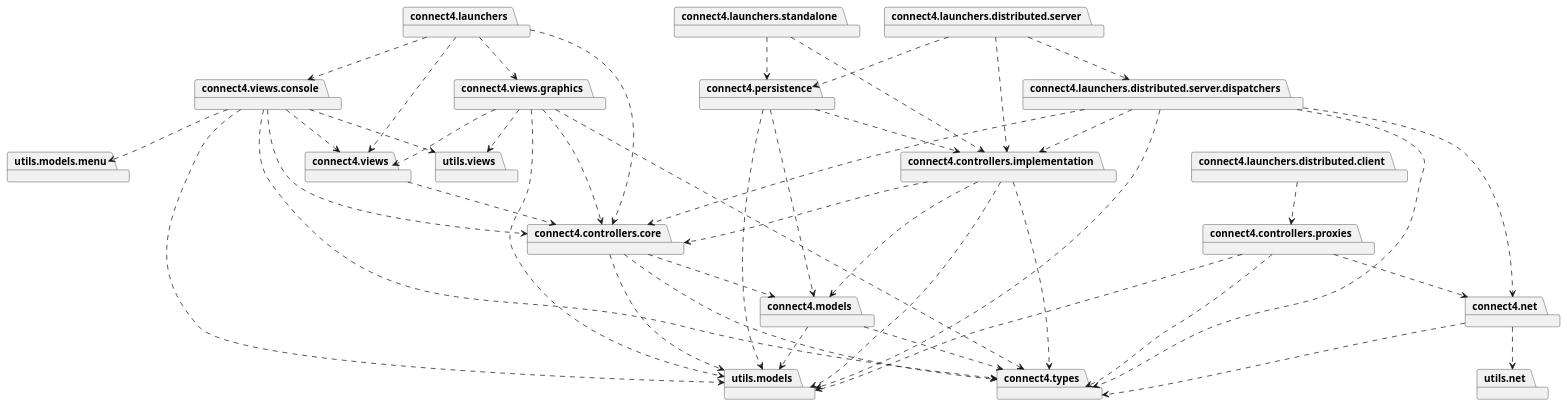
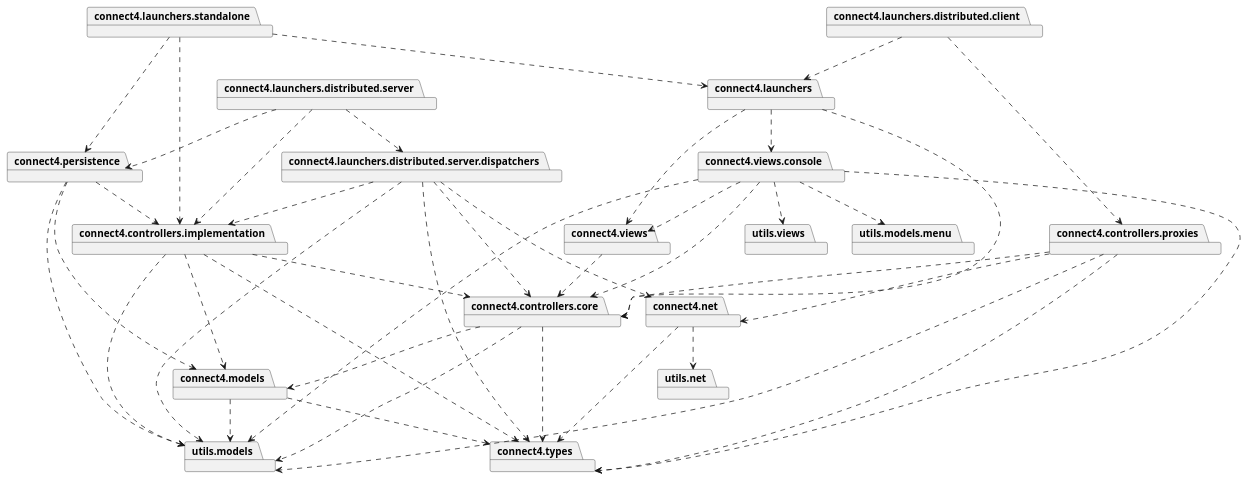
The diagram in connect4/Docs/diagrams/src/packages/packageDiagram.plantuml (js-rom/connect4), drawn with PlantUML before and after one commit. The commit also changed 5 other files, not shown here.

```diff
--- a/connect4/Docs/diagrams/src/packages/packageDiagram.plantuml
+++ b/connect4/Docs/diagrams/src/packages/packageDiagram.plantuml
@@ -1,84 +1,79 @@
 @startuml
 
 package connect4.launchers
 package connect4.controllers.core
 package connect4.views
-package connect4.views.graphics
 package connect4.views.console
 
 connect4.launchers ..> connect4.controllers.core
 connect4.launchers ..> connect4.views
 connect4.launchers ..> connect4.views.console
-connect4.launchers ..> connect4.views.graphics
 
 package connect4.launchers.standalone
 package connect4.controllers.implementation
 connect4.launchers.standalone ..> connect4.controllers.implementation
+connect4.launchers.standalone ..> connect4.launchers
 
 package connect4.launchers.distributed.client
 package connect4.controllers.proxies
 connect4.launchers.distributed.client ..> connect4.controllers.proxies
+connect4.launchers.distributed.client ..> connect4.launchers
 
 package connect4.launchers.distributed.server
 package connect4.launchers.distributed.server.dispatchers
 connect4.launchers.distributed.server ..> connect4.launchers.distributed.server.dispatchers
 connect4.launchers.distributed.server ..> connect4.controllers.implementation
 package connect4.types
 package utils.models
 package connect4.controllers.core
 connect4.launchers.distributed.server.dispatchers ..> connect4.controllers.implementation
 connect4.launchers.distributed.server.dispatchers ..> connect4.types
 connect4.launchers.distributed.server.dispatchers ..> utils.models
 connect4.launchers.distributed.server.dispatchers ..> connect4.controllers.core
 package connect4.net
 connect4.launchers.distributed.server.dispatchers ..> connect4.net
 package connect4.persistence
 connect4.launchers.distributed.server ..> connect4.persistence
 connect4.launchers.standalone ..> connect4.persistence
 connect4.persistence ..> connect4.controllers.implementation 
 
 
 package connect4.models
 connect4.models ..> connect4.types
 connect4.models ..> utils.models
 
 connect4.persistence ..> utils.models
 connect4.persistence ..> connect4.models
 
 
 connect4.net ..> connect4.types
 package utils.net
 connect4.net ..> utils.net
 
 package connect4.controllers.core
 connect4.controllers.core ..> connect4.types
 connect4.controllers.core ..> connect4.models
 connect4.controllers.core ..> utils.models
 
 connect4.controllers.implementation ..> connect4.controllers.core
 connect4.controllers.implementation ..> connect4.models
 connect4.controllers.implementation ..> connect4.types
 connect4.controllers.implementation ..> utils.models
 
 connect4.controllers.proxies ..> connect4.types
 connect4.controllers.proxies ..> connect4.net
 connect4.controllers.proxies ..> utils.models
-
+connect4.controllers.proxies ..> connect4.controllers.core
 connect4.views ..> connect4.controllers.core
 connect4.views.console ..> connect4.controllers.core
 connect4.views.console ..> connect4.views
 package utils.views
 connect4.views.console ..> utils.views
 connect4.views.console ..> connect4.types
 connect4.views.console ..> utils.models
 package utils.models.menu
 connect4.views.console ..> utils.models.menu
 
-connect4.views.graphics ..> connect4.controllers.core
-connect4.views.graphics ..> connect4.types
-connect4.views.graphics ..> utils.models
-connect4.views.graphics ..> connect4.views
-connect4.views.graphics ..> utils.views
 
 
 @enduml
```
